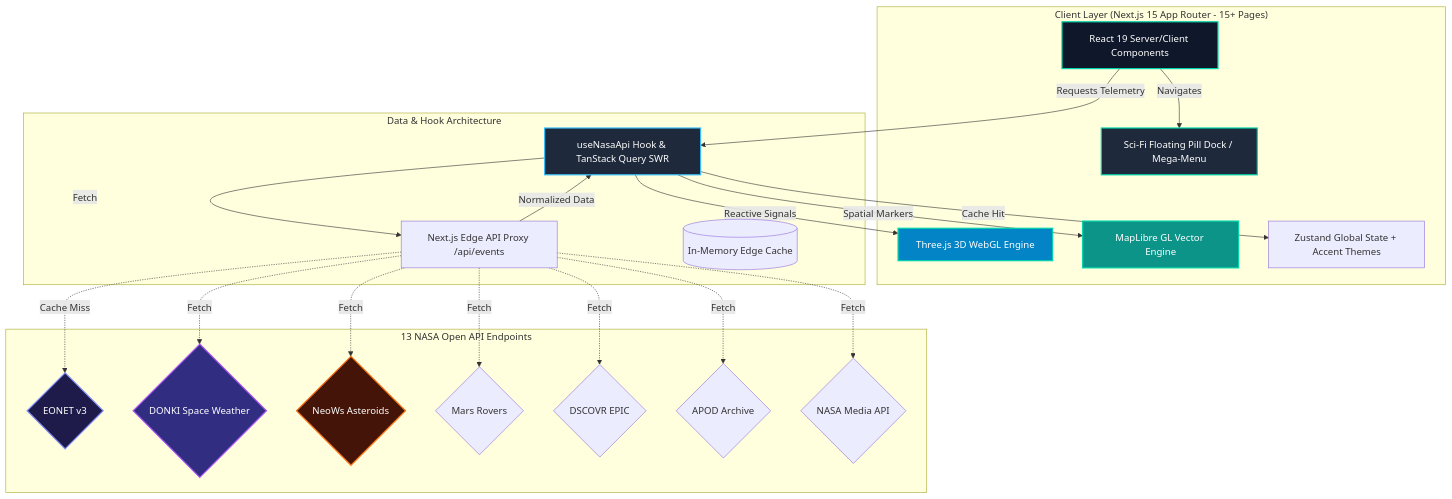
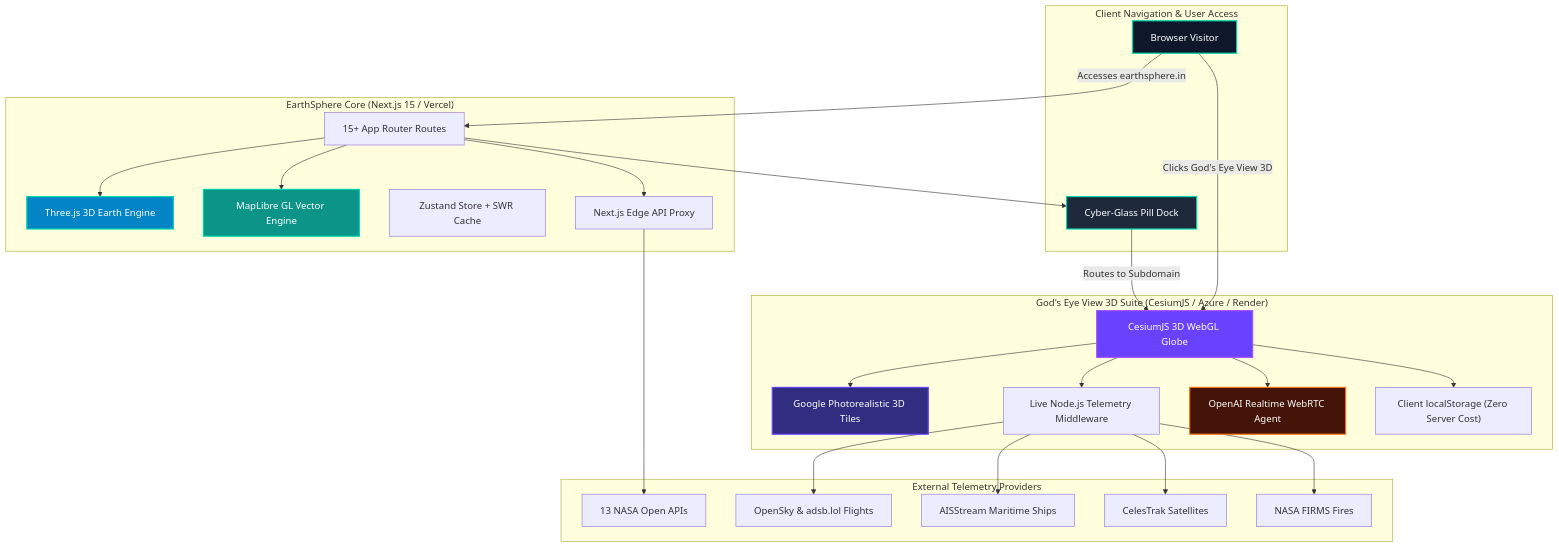
The diagram in README.md (djabhi31/EarthSphere), drawn with Mermaid before and after one commit. The commit also changed other lines of this file and 1 other file, not shown here.

Commit message:
docs: executive-grade README overhaul with Dual-Suite Matrix, GEV 3D tactical capabilities & BYOK architecture

````diff
--- a/README.md
+++ b/README.md
@@ -153,51 +178,58 @@
 ```mermaid
 graph TD
-    subgraph Client ["Client Layer (Next.js 15 App Router - 15+ Pages)"]
-        UI[React 19 Server/Client Components]
-        Navbar[Sci-Fi Floating Pill Dock / Mega-Menu]
-        Globe[Three.js 3D WebGL Engine]
-        Map[MapLibre GL Vector Engine]
-        Store[Zustand Global State + Accent Themes]
+    subgraph Users ["Client Navigation & User Access"]
+        Visitor["Browser Visitor"]
+        Navbar["Cyber-Glass Pill Dock"]
     end
 
-    subgraph DataLayer ["Data & Hook Architecture"]
-        Hooks[useNasaApi Hook & TanStack Query SWR]
-        Proxy[Next.js Edge API Proxy /api/events]
-        Cache[(In-Memory Edge Cache)]
+    subgraph CoreApp ["EarthSphere Core (Next.js 15 / Vercel)"]
+        Pages["15+ App Router Routes"]
+        WebGL["Three.js 3D Earth Engine"]
+        MapLibre["MapLibre GL Vector Engine"]
+        State["Zustand Store + SWR Cache"]
+        NasaProxy["Next.js Edge API Proxy"]
     end
 
-    subgraph NASAEndpoints ["13 NASA Open API Endpoints"]
-        EONET{EONET v3}
-        DONKI{DONKI Space Weather}
-        NeoWs{NeoWs Asteroids}
-        MARS{Mars Rovers}
-        EPIC{DSCOVR EPIC}
-        APOD{APOD Archive}
-        Media{NASA Media API}
+    subgraph GEVSuite ["God's Eye View 3D Suite (CesiumJS / Azure / Render)"]
+        Cesium["CesiumJS 3D WebGL Globe"]
+        Google3D["Google Photorealistic 3D Tiles"]
+        Proxies["Live Node.js Telemetry Middleware"]
+        VoiceAgent["OpenAI Realtime WebRTC Agent"]
+        BYOK["Client localStorage (Zero Server Cost)"]
     end
 
-    UI -->|Navigates| Navbar
-    UI -->|Requests Telemetry| Hooks
-    Hooks -->|Cache Hit| Store
-    Hooks -->|Fetch| Proxy
-    Proxy -.->|Cache Miss| EONET
-    Proxy -.->|Fetch| DONKI
-    Proxy -.->|Fetch| NeoWs
-    Proxy -.->|Fetch| MARS
-    Proxy -.->|Fetch| EPIC
-    Proxy -.->|Fetch| APOD
-    Proxy -.->|Fetch| Media
+    subgraph DataProviders ["External Telemetry Providers"]
+        NASA["13 NASA Open APIs"]
+        ADS["OpenSky & adsb.lol Flights"]
+        AIS["AISStream Maritime Ships"]
+        TLE["CelesTrak Satellites"]
+        FIRMS["NASA FIRMS Fires"]
+    end
+
+    Visitor -->|Accesses earthsphere.in| Pages
+    Visitor -->|Clicks God's Eye View 3D| Cesium
+    Pages --> Navbar
+    Navbar -->|Routes to Subdomain| Cesium
     
-    Proxy -->|Normalized Data| Hooks
-    Hooks -->|Reactive Signals| Globe
-    Hooks -->|Spatial Markers| Map
+    Pages --> WebGL
+    Pages --> MapLibre
+    Pages --> NasaProxy
+    NasaProxy --> NASA
     
-    style UI fill:#0f172a,stroke:#00d4aa,stroke-width:2px,color:#fff
+    Cesium --> Google3D
+    Cesium --> Proxies
+    Cesium --> VoiceAgent
+    Cesium --> BYOK
+    Proxies --> ADS
+    Proxies --> AIS
+    Proxies --> TLE
+    Proxies --> FIRMS
+    
+    style Visitor fill:#0f172a,stroke:#00d4aa,stroke-width:2px,color:#fff
     style Navbar fill:#1e293b,stroke:#00d4aa,stroke-width:2px,color:#fff
-    style Globe fill:#0284c7,stroke:#00d4aa,stroke-width:2px,color:#fff
-    style Map fill:#0d9488,stroke:#00d4aa,stroke-width:2px,color:#fff
-    style Hooks fill:#1e293b,stroke:#38bdf8,stroke-width:2px,color:#fff
-    style EONET fill:#1e1b4b,stroke:#818cf8,stroke-width:2px,color:#fff
-    style DONKI fill:#312e81,stroke:#a855f7,stroke-width:2px,color:#fff
-    style NeoWs fill:#431407,stroke:#f97316,stroke-width:2px,color:#fff
+    style WebGL fill:#0284c7,stroke:#00d4aa,stroke-width:2px,color:#fff
+    style MapLibre fill:#0d9488,stroke:#00d4aa,stroke-width:2px,color:#fff
+    style Cesium fill:#6842ff,stroke:#a855f7,stroke-width:2px,color:#fff
+    style Google3D fill:#312e81,stroke:#6842ff,stroke-width:2px,color:#fff
+    style VoiceAgent fill:#431407,stroke:#f97316,stroke-width:2px,color:#fff
 ```
````
